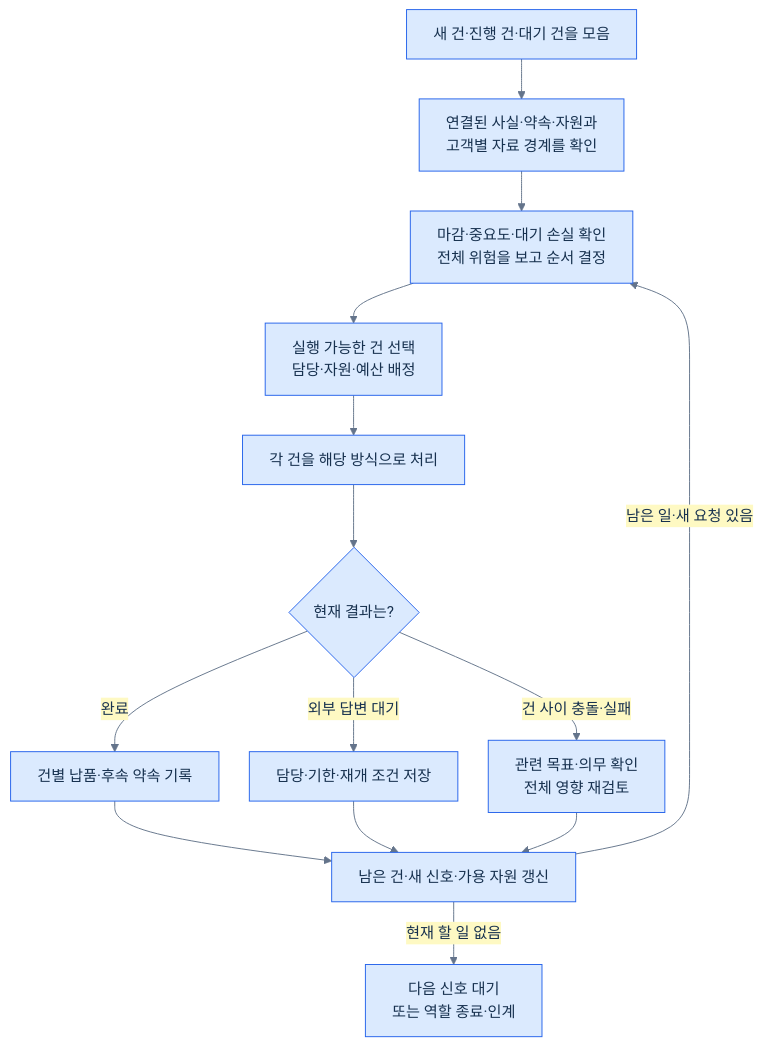
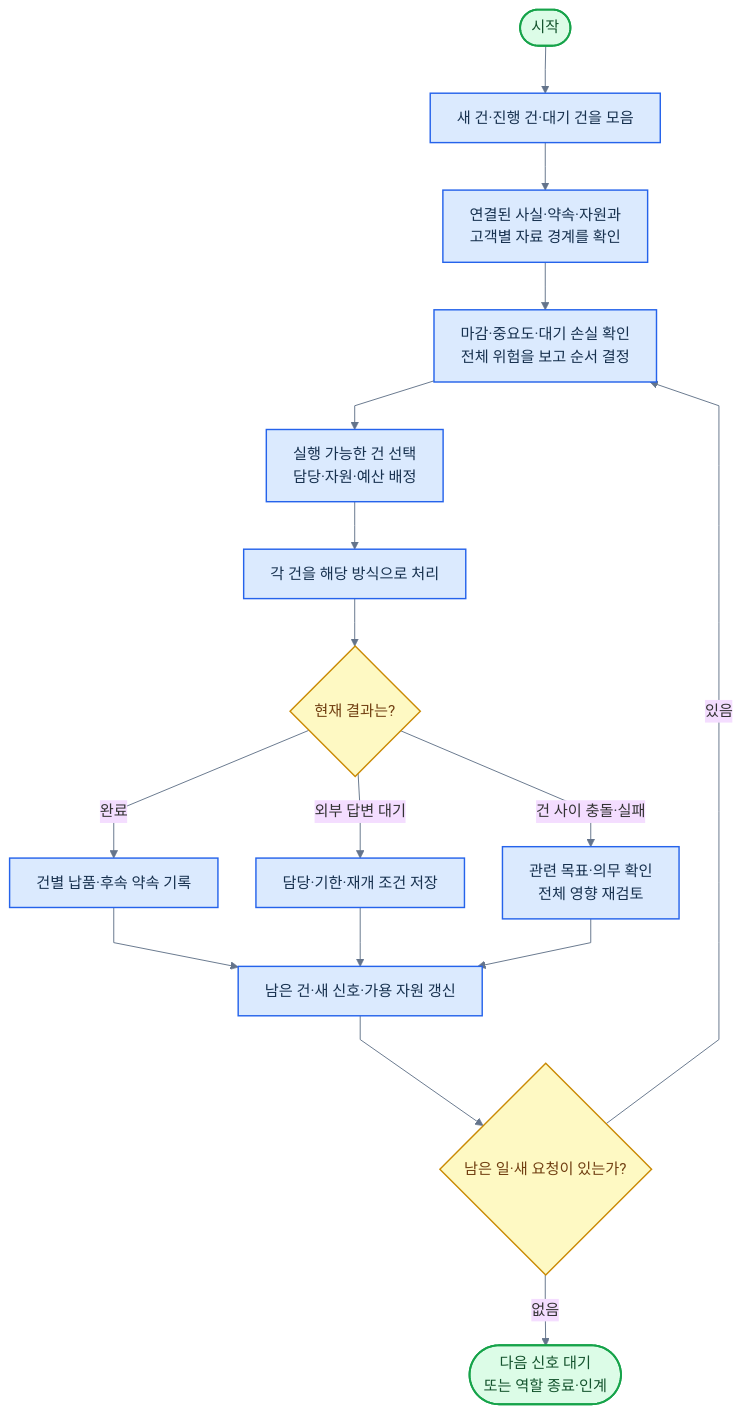
Before and after one commit to harisbaguette/expert: diagram 15 of 17 in 전문가 에이전트 정의 2.md, drawn with Mermaid. The commit also changed other lines of this file, not shown here.

````diff
--- a/전문가 에이전트 정의 2.md
+++ b/전문가 에이전트 정의 2.md
@@ -432,18 +604,30 @@
 ```mermaid
-%%{init: {"theme": "base", "themeVariables": {"fontFamily": "Arial, sans-serif", "fontSize": "16px", "primaryColor": "#dbeafe", "primaryTextColor": "#17314f", "primaryBorderColor": "#2563eb", "lineColor": "#64748b", "secondaryColor": "#fef9c3", "tertiaryColor": "#f8fafc"}, "flowchart": {"curve": "basis", "nodeSpacing": 32, "rankSpacing": 42, "padding": 14, "wrappingWidth": 240, "useMaxWidth": true}}}%%
+%%{init: {"theme":"base","themeVariables":{"fontFamily":"Arial, sans-serif","fontSize":"16px","lineColor":"#64748b"},"flowchart":{"curve":"linear","nodeSpacing":40,"rankSpacing":50,"padding":14,"wrappingWidth":240,"useMaxWidth":true}}}%%
 flowchart TB
+    S(["시작"])
     A["새 건·진행 건·대기 건을 모음"]
-    A --> B["연결된 사실·약속·자원과<br/>고객별 자료 경계를 확인"]
-    B --> C["마감·중요도·대기 손실 확인<br/>전체 위험을 보고 순서 결정"]
-    C --> D["실행 가능한 건 선택<br/>담당·자원·예산 배정"]
-    D --> E["각 건을 해당 방식으로 처리"]
-    E --> F{"현재 결과는?"}
-    F -->|완료| G["건별 납품·후속 약속 기록"]
-    F -->|외부 답변 대기| H["담당·기한·재개 조건 저장"]
-    F -->|건 사이 충돌·실패| I["관련 목표·의무 확인<br/>전체 영향 재검토"]
-    G --> J["남은 건·새 신호·가용 자원 갱신"]
-    H --> J
-    I --> J
-    J -->|남은 일·새 요청 있음| C
-    J -->|현재 할 일 없음| K["다음 신호 대기<br/>또는 역할 종료·인계"]
+    B["연결된 사실·약속·자원과<br/>고객별 자료 경계를 확인"]
+    C["마감·중요도·대기 손실 확인<br/>전체 위험을 보고 순서 결정"]
+    D["실행 가능한 건 선택<br/>담당·자원·예산 배정"]
+    E["각 건을 해당 방식으로 처리"]
+    F{"현재 결과는?"}
+    G["건별 납품·후속 약속 기록"]
+    H["담당·기한·재개 조건 저장"]
+    I["관련 목표·의무 확인<br/>전체 영향 재검토"]
+    J["남은 건·새 신호·가용 자원 갱신"]
+    K{"남은 일·새 요청이 있는가?"}
+    Z(["다음 신호 대기<br/>또는 역할 종료·인계"])
+    S --> A --> B --> C --> D --> E --> F
+    F -->|완료| G --> J
+    F -->|외부 답변 대기| H --> J
+    F -->|건 사이 충돌·실패| I --> J
+    J --> K
+    K -->|있음| C
+    K -->|없음| Z
+    classDef default fill:#dbeafe,stroke:#2563eb,stroke-width:1.5px,color:#17314f
+    classDef term fill:#dcfce7,stroke:#16a34a,stroke-width:2px,color:#14532d
+    classDef stop fill:#fee2e2,stroke:#dc2626,stroke-width:2px,color:#7f1d1d
+    classDef dec fill:#fef9c3,stroke:#ca8a04,stroke-width:1.5px,color:#713f12
+    class S,Z term
+    class F,K dec
 ```
````
